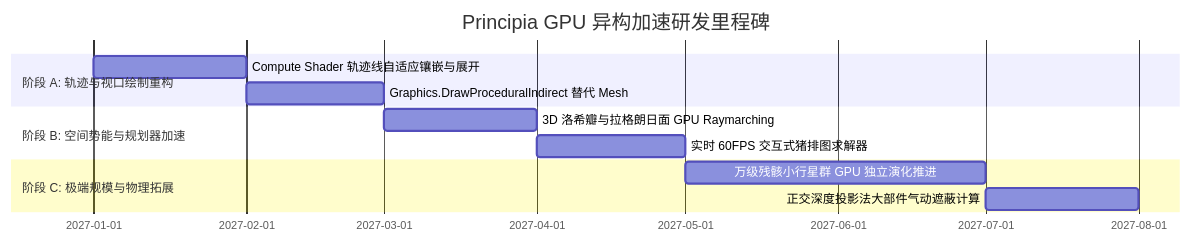
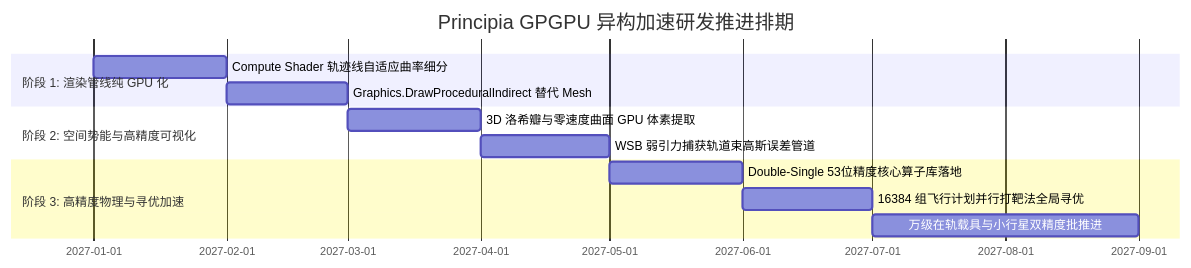
The third of 3 diagrams in documentation/Principia_GPU_Acceleration_Architecture.md (DiaoDaiaChan/Principia), drawn with Mermaid before and after one commit. The commit also changed other lines of this file, not shown here.

Commit message:
docs(gpgpu): specify triple-precision strategy and FP64 orbital compute architecture

````diff
--- a/documentation/Principia_GPU_Acceleration_Architecture.md
+++ b/documentation/Principia_GPU_Acceleration_Architecture.md
@@ -182,14 +288,15 @@
 ```mermaid
 gantt
-    title Principia GPU 异构加速研发里程碑
+    title Principia GPGPU 异构加速研发推进排期
     dateFormat  YYYY-MM
-    section 阶段 A: 轨迹与视口绘制重构
-    Compute Shader 轨迹线自适应镶嵌与展开 :2027-01, 2027-02
-    Graphics.DrawProceduralIndirect 替代 Mesh :2027-02, 2027-03
-    section 阶段 B: 空间势能与规划器加速
-    3D 洛希瓣与拉格朗日面 GPU Raymarching :2027-03, 2027-04
-    实时 60FPS 交互式猪排图求解器         :2027-04, 2027-05
-    section 阶段 C: 极端规模与物理拓展
-    万级残骸小行星群 GPU 独立演化推进      :2027-05, 2027-07
-    正交深度投影法大部件气动遮蔽计算       :2027-07, 2027-08
+    section 阶段 1: 渲染管线纯 GPU 化
+    Compute Shader 轨迹线自适应曲率细分   :2027-01, 2027-02
+    Graphics.DrawProceduralIndirect 替代 Mesh:2027-02, 2027-03
+    section 阶段 2: 空间势能与高精度可视化
+    3D 洛希瓣与零速度曲面 GPU 体素提取     :2027-03, 2027-04
+    WSB 弱引力捕获轨道束高斯误差管道       :2027-04, 2027-05
+    section 阶段 3: 高精度物理与寻优加速
+    Double-Single 53位精度核心算子库落地 :2027-05, 2027-06
+    16384 组飞行计划并行打靶法全局寻优     :2027-06, 2027-07
+    万级在轨载具与小行星双精度批推进       :2027-07, 2027-09
 ```
````
